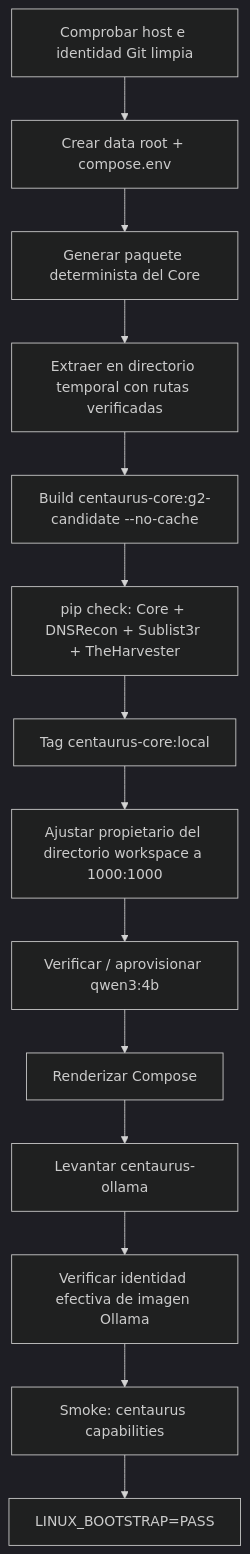
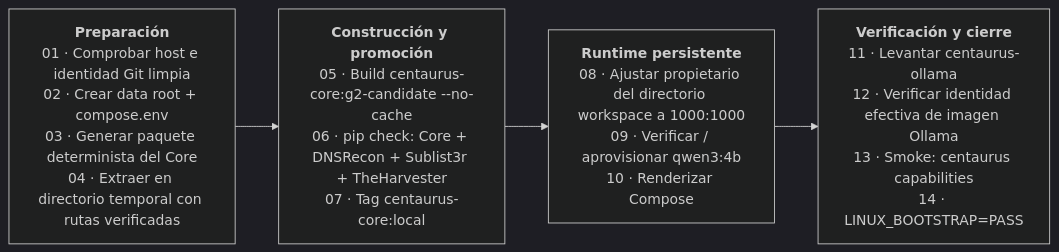
One commit to M4Rc0s-S3c/centaurus-osint-framework changed the second of 2 diagrams in docs/DEPLOYMENT_GIT_DOCKER.md. Above: the diagram before and after it, drawn with Mermaid (dark theme). The commit also changed other lines of this file and 3 other files, not shown here.

Commit message:
docs: compact architecture and bootstrap diagrams

````diff
--- a/docs/DEPLOYMENT_GIT_DOCKER.md
+++ b/docs/DEPLOYMENT_GIT_DOCKER.md
@@ -173,18 +173,22 @@
 ```mermaid
-flowchart TD
-    N0["Comprobar host e identidad Git limpia"]
-    N1["Crear data root + compose.env"]
-    N2["Generar paquete determinista del Core"]
-    N3["Extraer en directorio temporal con rutas verificadas"]
-    N4["Build centaurus-core:g2-candidate --no-cache"]
-    N5["pip check: Core + DNSRecon + Sublist3r + TheHarvester"]
-    N6["Tag centaurus-core:local"]
-    N7["Ajustar propietario del directorio workspace a 1000:1000"]
-    N8["Verificar / aprovisionar qwen3:4b"]
-    N9["Renderizar Compose"]
-    N10["Levantar centaurus-ollama"]
-    N11["Verificar identidad efectiva de imagen Ollama"]
-    N12["Smoke: centaurus capabilities"]
-    N13["LINUX_BOOTSTRAP=PASS"]
-    N0 --> N1 --> N2 --> N3 --> N4 --> N5 --> N6 --> N7 --> N8 --> N9 --> N10 --> N11 --> N12 --> N13
+flowchart LR
+    P0["`**Preparación**
+01 · Comprobar host e identidad Git limpia
+02 · Crear data root + compose.env
+03 · Generar paquete determinista del Core
+04 · Extraer en directorio temporal con rutas verificadas`"]
+    P1["`**Construcción y promoción**
+05 · Build centaurus-core:g2-candidate --no-cache
+06 · pip check: Core + DNSRecon + Sublist3r + TheHarvester
+07 · Tag centaurus-core:local`"]
+    P2["`**Runtime persistente**
+08 · Ajustar propietario del directorio workspace a 1000:1000
+09 · Verificar / aprovisionar qwen3:4b
+10 · Renderizar Compose`"]
+    P3["`**Verificación y cierre**
+11 · Levantar centaurus-ollama
+12 · Verificar identidad efectiva de imagen Ollama
+13 · Smoke: centaurus capabilities
+14 · LINUX_BOOTSTRAP=PASS`"]
+    P0 --> P1 --> P2 --> P3
 ```
````
